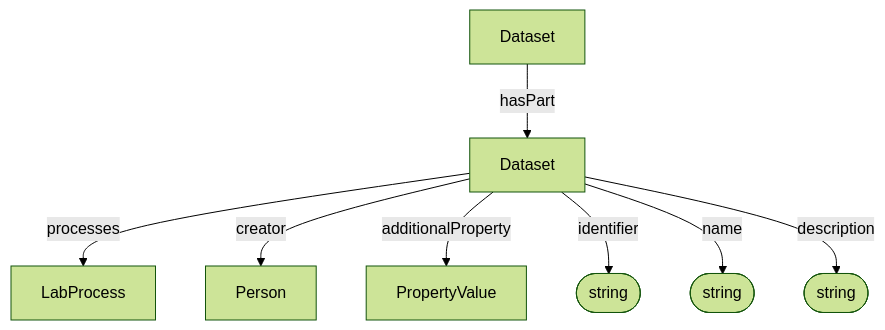
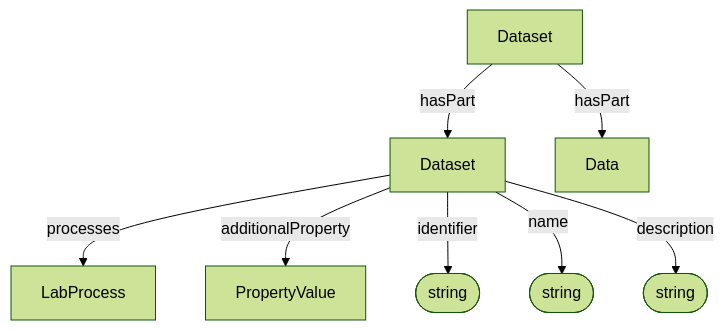
The diagram in spec/core/Dataset.md (HLWeil/ProcessCore), drawn with Mermaid (forest theme) before and after one commit. The commit also changed other lines of this file and 2 other files, not shown here.

Commit message:
docs: align core spec relationships

````diff
--- a/spec/core/Dataset.md
+++ b/spec/core/Dataset.md
@@ -28,18 +28,18 @@
 ```mermaid
 flowchart TD
 
     id@{ shape: stadium, label: "string" }
     na@{ shape: stadium, label: "string" }
     de@{ shape: stadium, label: "string" }
 
     d[Dataset]
     Dataset --processes--> LabProcess
     d --hasPart--> Dataset
-    Dataset --creator--> Person
+    d --hasPart--> Data
     Dataset --additionalProperty--> PropertyValue
     Dataset --identifier--> id
     Dataset --name--> na
     Dataset --description--> de
 
 
 ```
````
